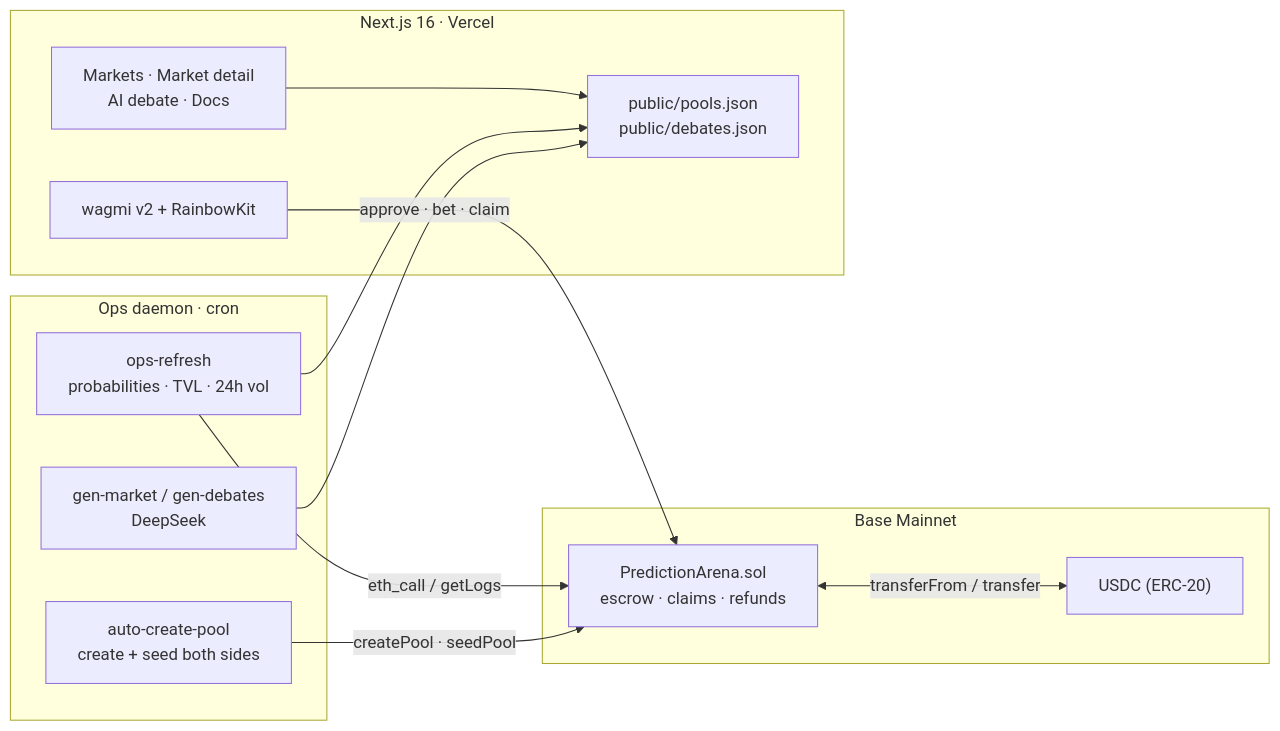
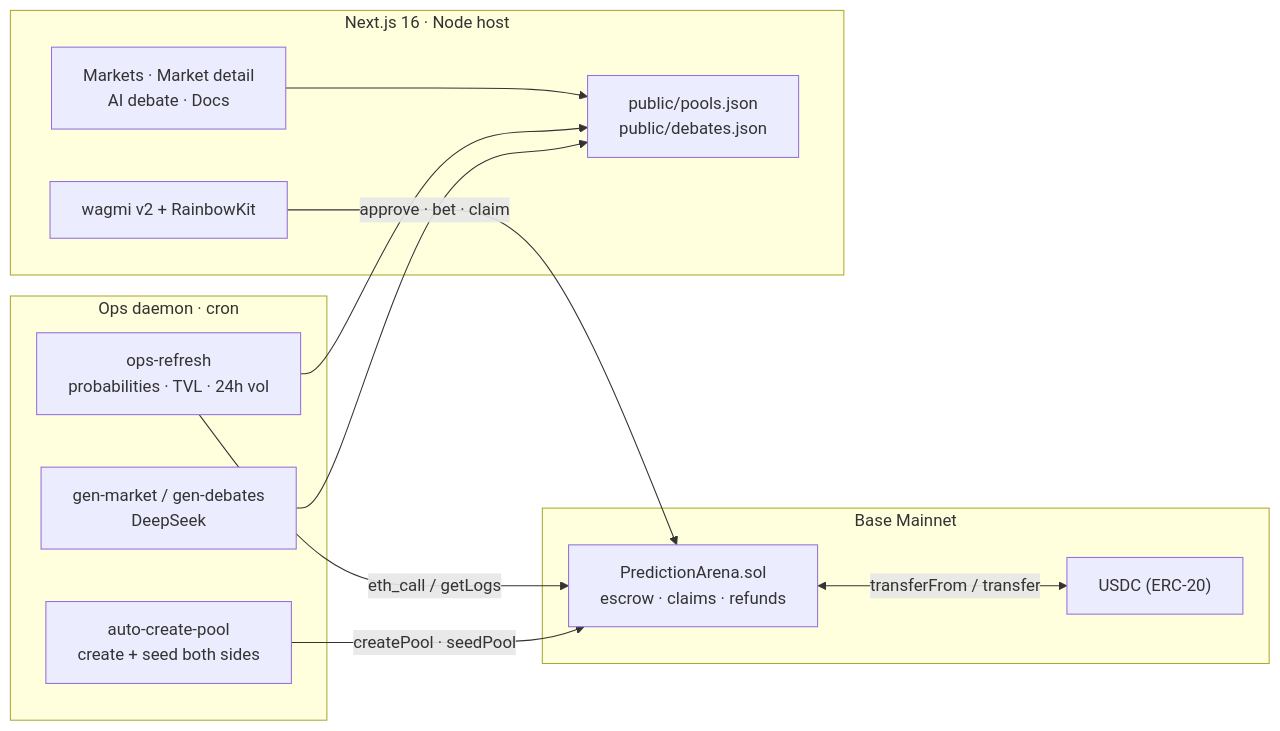
Before and after one commit to lulaxiao97-create/prediction-arena: the diagram in README.md, drawn with Mermaid. The commit also changed other lines of this file and 1 other file, not shown here.

````diff
--- a/README.md
+++ b/README.md
@@ -133,27 +133,27 @@
 ```mermaid
 flowchart LR
   subgraph Chain["Base Mainnet"]
     C["PredictionArena.sol<br/>escrow · claims · refunds"]
     U["USDC (ERC-20)"]
   end
 
   subgraph Ops["Ops daemon · cron"]
     G["gen-market / gen-debates<br/>DeepSeek"]
     A["auto-create-pool<br/>create + seed both sides"]
     R["ops-refresh<br/>probabilities · TVL · 24h vol"]
   end
 
-  subgraph Web["Next.js 16 · Vercel"]
+  subgraph Web["Next.js 16 · Node host"]
     UI["Markets · Market detail<br/>AI debate · Docs"]
     M["public/pools.json<br/>public/debates.json"]
     W["wagmi v2 + RainbowKit"]
   end
 
   G --> M
   A -->|"createPool · seedPool"| C
   R -->|"eth_call / getLogs"| C
   R --> M
   UI --> M
   W -->|"approve · bet · claim"| C
   C <-->|"transferFrom / transfer"| U
 ```
````
